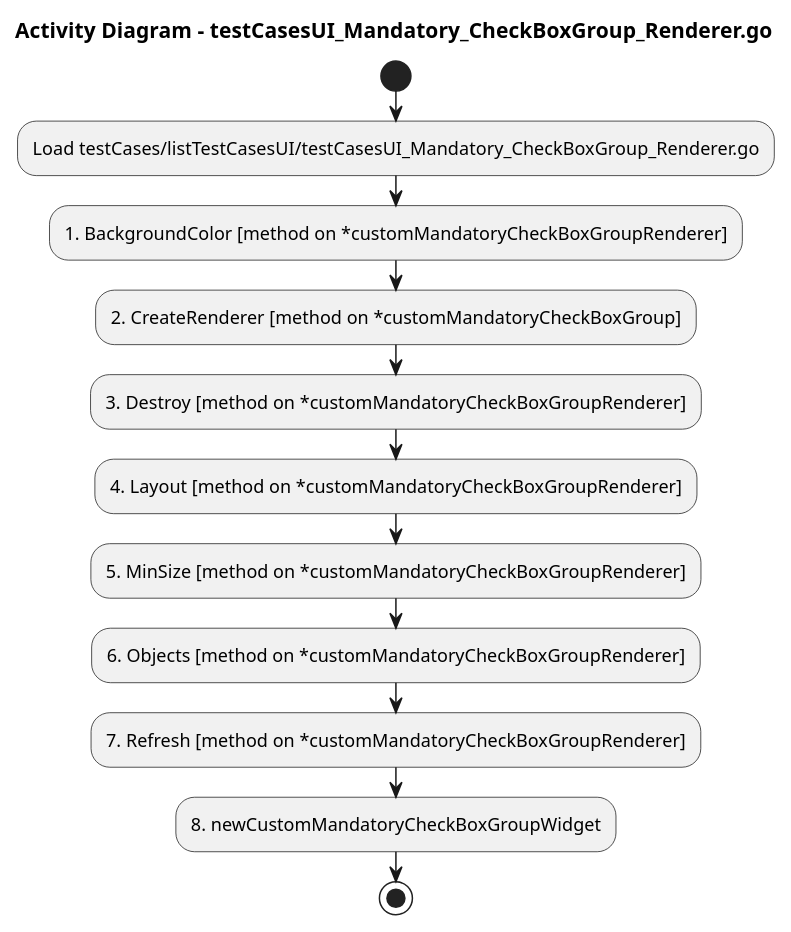
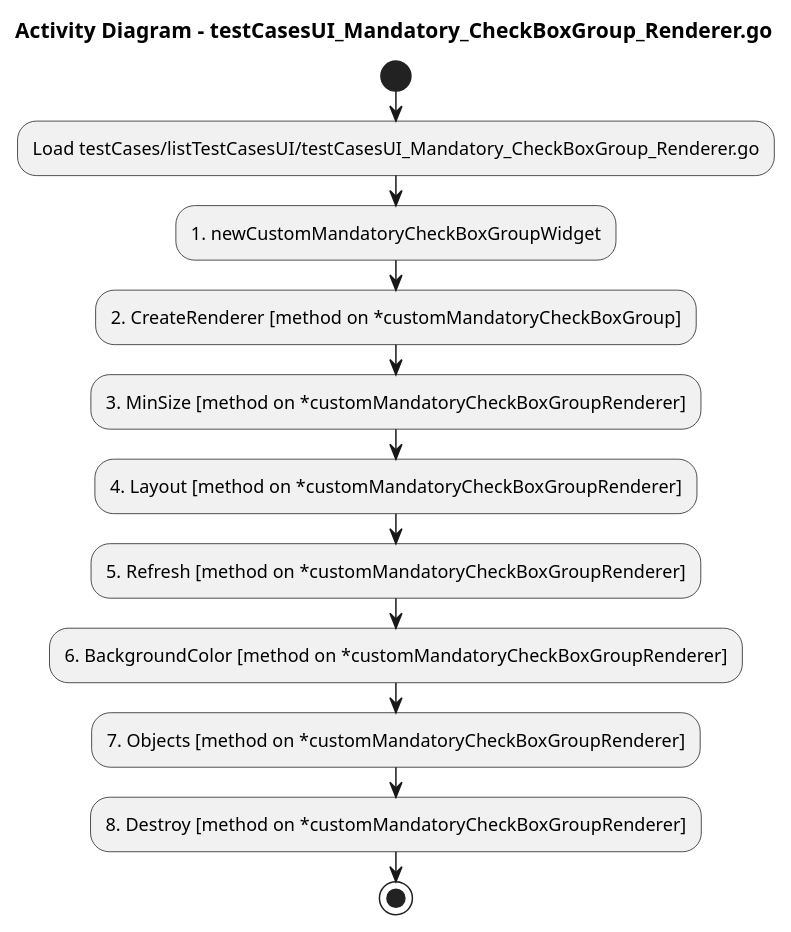
Before and after one commit to jlambert68/FenixTesterGui: the diagram in testCases/listTestCasesUI/docs/testCasesUI_Mandatory_CheckBoxGroup_Renderer_activity.puml, drawn with PlantUML. The commit also changed 707 other files, not shown here.

Commit message:
Added md-files, activity-diagrams and sequence-diagrams for all go-files, v3

```diff
--- a/testCases/listTestCasesUI/docs/testCasesUI_Mandatory_CheckBoxGroup_Renderer_activity.puml
+++ b/testCases/listTestCasesUI/docs/testCasesUI_Mandatory_CheckBoxGroup_Renderer_activity.puml
@@ -1,14 +1,14 @@
 @startuml
 title Activity Diagram - testCasesUI_Mandatory_CheckBoxGroup_Renderer.go
 start
 :Load testCases/listTestCasesUI/testCasesUI_Mandatory_CheckBoxGroup_Renderer.go;
-:1. BackgroundColor [method on *customMandatoryCheckBoxGroupRenderer];
+:1. newCustomMandatoryCheckBoxGroupWidget;
 :2. CreateRenderer [method on *customMandatoryCheckBoxGroup];
-:3. Destroy [method on *customMandatoryCheckBoxGroupRenderer];
+:3. MinSize [method on *customMandatoryCheckBoxGroupRenderer];
 :4. Layout [method on *customMandatoryCheckBoxGroupRenderer];
-:5. MinSize [method on *customMandatoryCheckBoxGroupRenderer];
-:6. Objects [method on *customMandatoryCheckBoxGroupRenderer];
-:7. Refresh [method on *customMandatoryCheckBoxGroupRenderer];
-:8. newCustomMandatoryCheckBoxGroupWidget;
+:5. Refresh [method on *customMandatoryCheckBoxGroupRenderer];
+:6. BackgroundColor [method on *customMandatoryCheckBoxGroupRenderer];
+:7. Objects [method on *customMandatoryCheckBoxGroupRenderer];
+:8. Destroy [method on *customMandatoryCheckBoxGroupRenderer];
 stop
 @enduml
```
